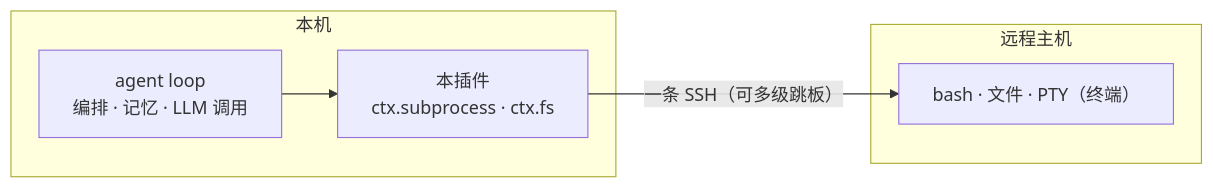
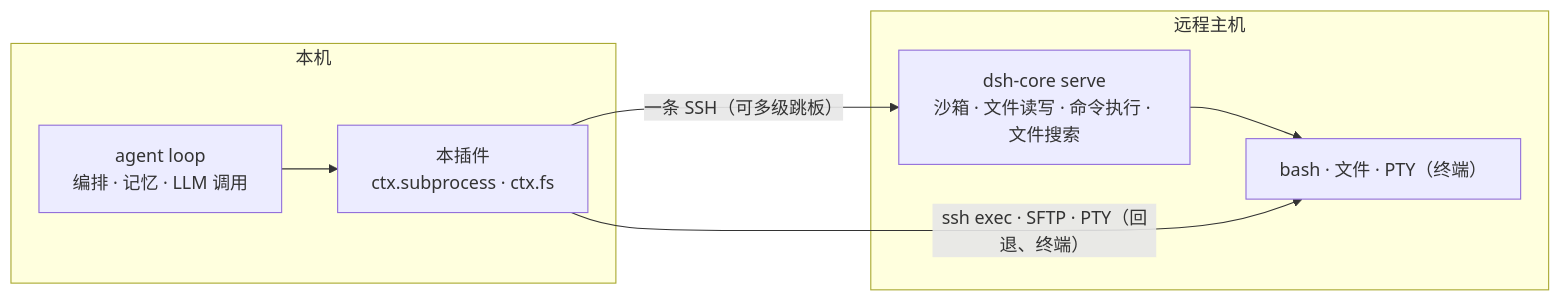
Before and after one commit to DobyChao/dsh-workspace-enhancement: the diagram in README.zh.md, drawn with Mermaid. The commit also changed other lines of this file and 5 other files, not shown here.

````diff
--- a/README.zh.md
+++ b/README.zh.md
@@ -25,10 +26,13 @@
 ```mermaid
 flowchart LR
     subgraph local["本机"]
         agent["agent loop<br/>编排 · 记忆 · LLM 调用"] --> seam["本插件<br/>ctx.subprocess · ctx.fs"]
     end
     subgraph remote["远程主机"]
+        core["dsh-core serve<br/>沙箱 · 文件读写 · 命令执行 · 文件搜索"]
         run["bash · 文件 · PTY（终端）"]
+        core --> run
     end
-    seam -- "一条 SSH（可多级跳板）" --> run
+    seam -- "一条 SSH（可多级跳板）" --> core
+    seam -- "ssh exec · SFTP · PTY（回退、终端）" --> run
 ```
````
